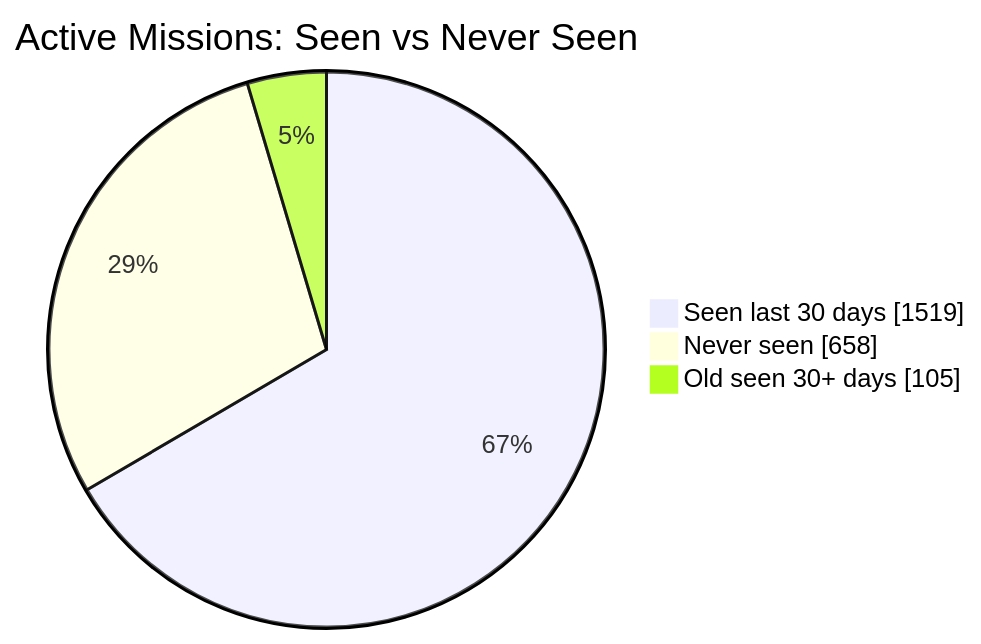
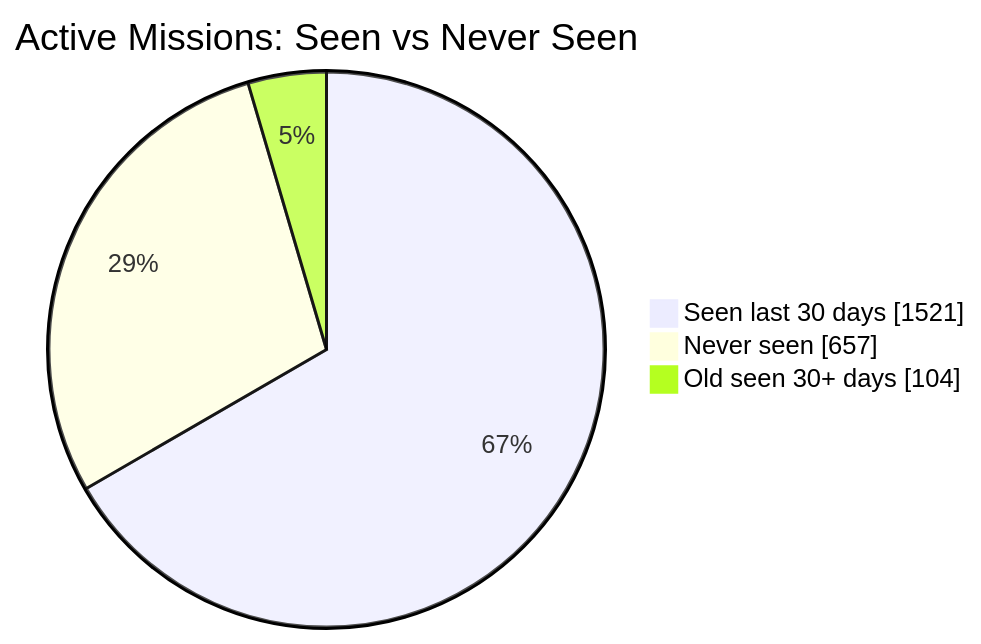
Before and after one commit to MeldkamerspelGameTeam/active-missions: the first of 2 diagrams in README.md, drawn with Mermaid. The commit also changed other lines of this file and 3 other files, not shown here.

````diff
--- a/README.md
+++ b/README.md
@@ -34,7 +34,7 @@
 ```mermaid
 pie showData
     title Active Missions: Seen vs Never Seen
-    "Seen last 30 days" : 1519
-    "Never seen" : 658
-    "Old seen 30+ days" : 105
+    "Seen last 30 days" : 1521
+    "Never seen" : 657
+    "Old seen 30+ days" : 104
 ```
````
